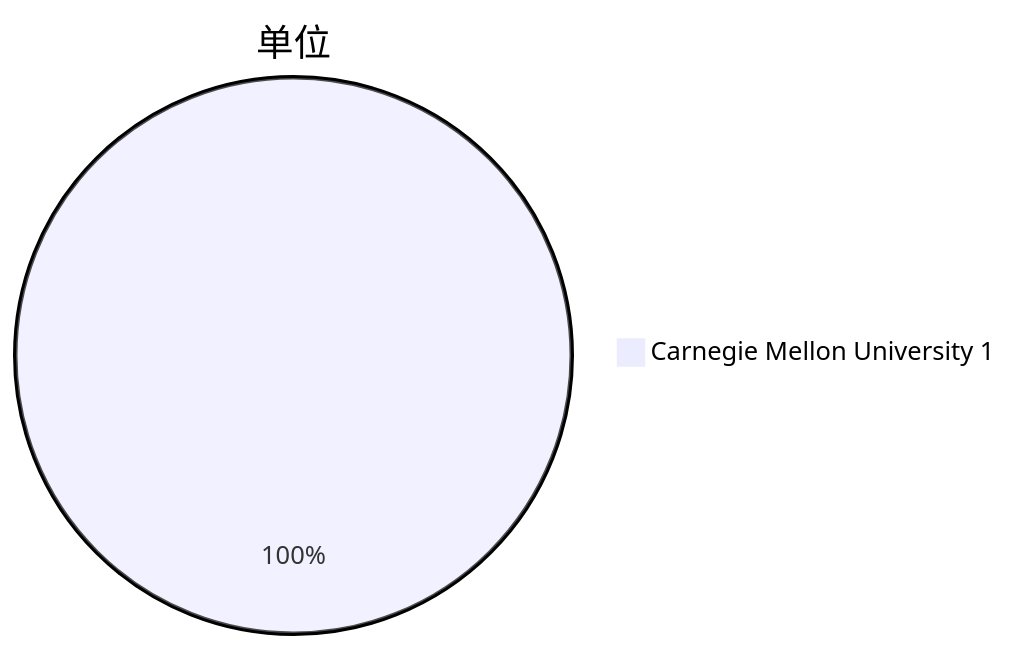
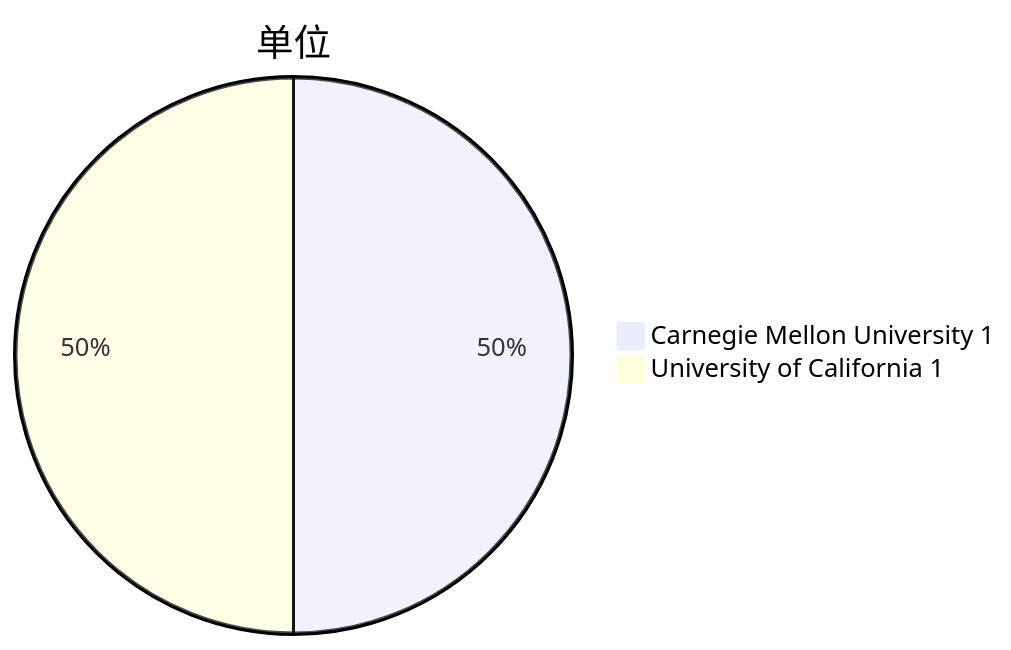
One commit to Elephant-King9/Paper changed the third of 5 diagrams in Attack/Jailbreak/analyse.md. Above: the diagram before and after it, drawn with Mermaid. The commit also changed other lines of this file and 6 other files, not shown here.

````diff
--- a/Attack/Jailbreak/analyse.md
+++ b/Attack/Jailbreak/analyse.md
@@ -25,4 +27,5 @@
 ```mermaid
 pie title 单位
     "Carnegie Mellon University 1" : 1
+    "University of California 1" : 1
 ```
````
